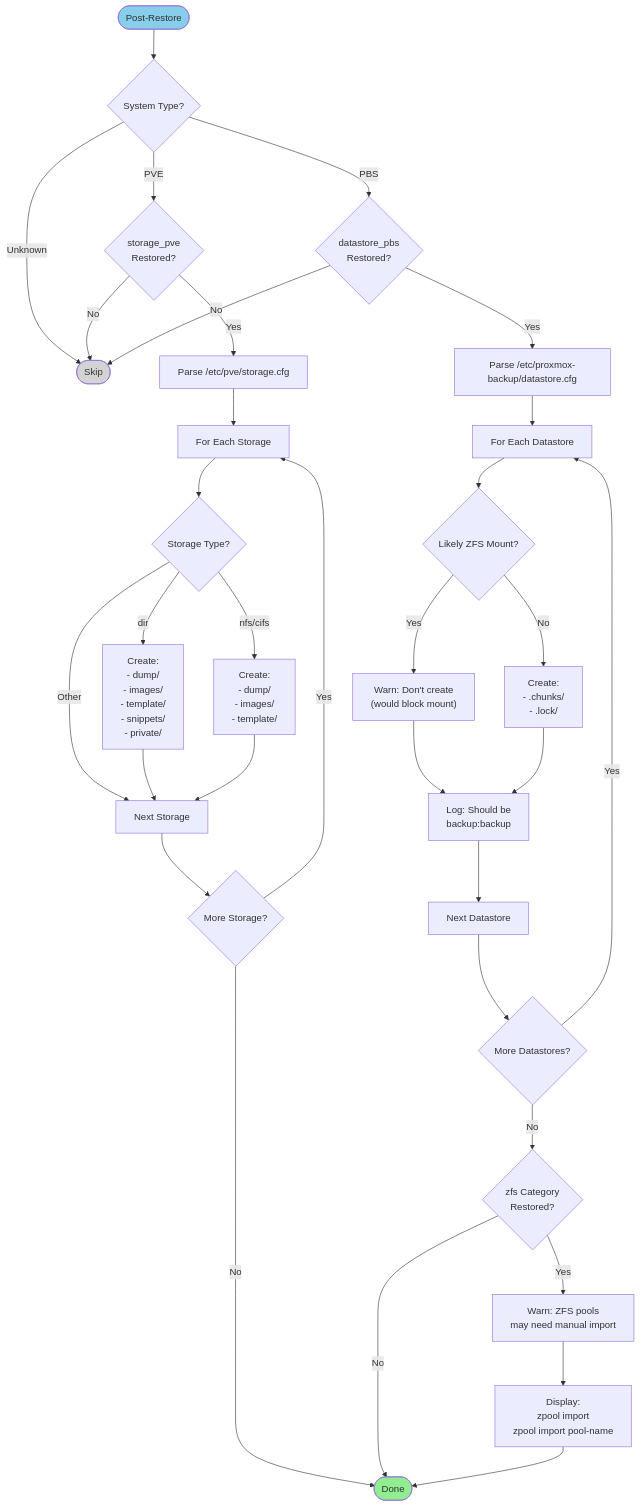
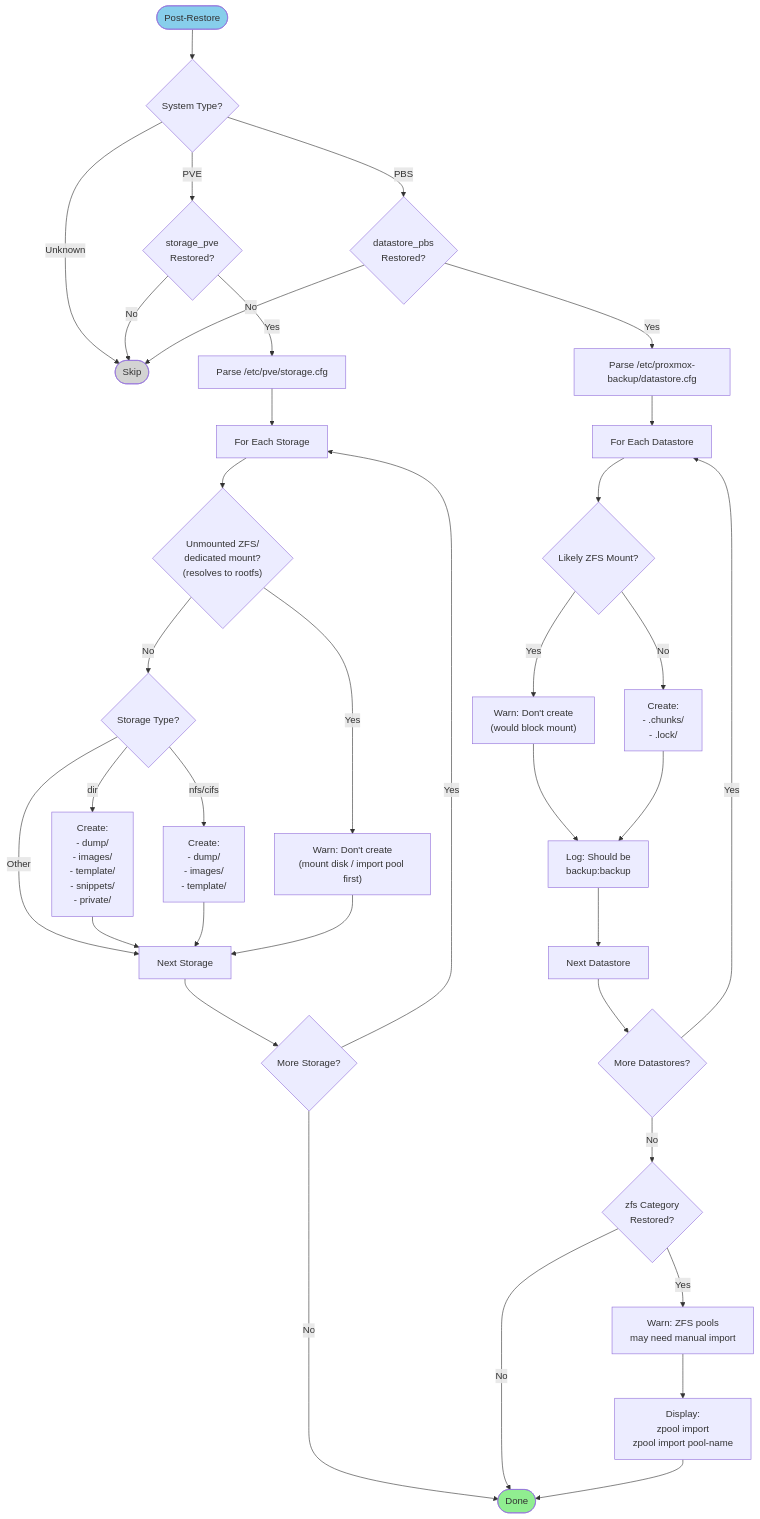
One commit to tis24dev/proxsave changed diagram 11 of 12 in docs/RESTORE_DIAGRAMS.md. Above: the diagram before and after it, drawn with Mermaid. The commit also changed 91 other files, not shown here.

````diff
--- a/docs/RESTORE_DIAGRAMS.md
+++ b/docs/RESTORE_DIAGRAMS.md
@@ -582,50 +582,54 @@
 ```mermaid
 flowchart TD
     Start([Post-Restore]) --> CheckSystem{System Type?}
 
     CheckSystem -->|PVE| CheckPVECat{storage_pve<br/>Restored?}
     CheckSystem -->|PBS| CheckPBSCat{datastore_pbs<br/>Restored?}
     CheckSystem -->|Unknown| Skip([Skip])
 
     CheckPVECat -->|No| Skip
     CheckPVECat -->|Yes| ParsePVE[Parse /etc/pve/storage.cfg]
 
     CheckPBSCat -->|No| Skip
     CheckPBSCat -->|Yes| ParsePBS[Parse /etc/proxmox-backup/datastore.cfg]
 
     ParsePVE --> LoopPVE[For Each Storage]
-    LoopPVE --> CheckPVEType{Storage Type?}
+    LoopPVE --> CheckPVEMount{"Unmounted ZFS/<br/>dedicated mount?<br/>(resolves to rootfs)"}
+
+    CheckPVEMount -->|Yes| WarnPVEMount["Warn: Don't create<br/>(mount disk / import pool first)"]
+    CheckPVEMount -->|No| CheckPVEType{Storage Type?}
 
     CheckPVEType -->|dir| CreateDirStruct["Create:<br/>- dump/<br/>- images/<br/>- template/<br/>- snippets/<br/>- private/"]
     CheckPVEType -->|nfs/cifs| CreateNFSStruct["Create:<br/>- dump/<br/>- images/<br/>- template/"]
     CheckPVEType -->|Other| NextPVE[Next Storage]
 
     CreateDirStruct --> NextPVE
     CreateNFSStruct --> NextPVE
+    WarnPVEMount --> NextPVE
     NextPVE --> MorePVE{More Storage?}
     MorePVE -->|Yes| LoopPVE
     MorePVE -->|No| Done([Done])
 
     ParsePBS --> LoopPBS[For Each Datastore]
     LoopPBS --> CheckZFSMount{Likely ZFS Mount?}
 
     CheckZFSMount -->|Yes| WarnZFS["Warn: Don't create<br/>(would block mount)"]
     CheckZFSMount -->|No| CreatePBSStruct["Create:<br/>- .chunks/<br/>- .lock/"]
 
     WarnZFS --> LogOwner["Log: Should be<br/>backup:backup"]
     CreatePBSStruct --> LogOwner
     LogOwner --> NextPBS[Next Datastore]
 
     NextPBS --> MorePBS{More Datastores?}
     MorePBS -->|Yes| LoopPBS
     MorePBS -->|No| CheckZFSCat{zfs Category<br/>Restored?}
 
     CheckZFSCat -->|Yes| WarnZFSImport["Warn: ZFS pools<br/>may need manual import"]
     CheckZFSCat -->|No| Done
     WarnZFSImport --> DisplayCmds["Display:<br/>zpool import<br/>zpool import pool-name"]
     DisplayCmds --> Done
 
     style Start fill:#87CEEB
     style Done fill:#90EE90
     style Skip fill:#D3D3D3
 ```
````
